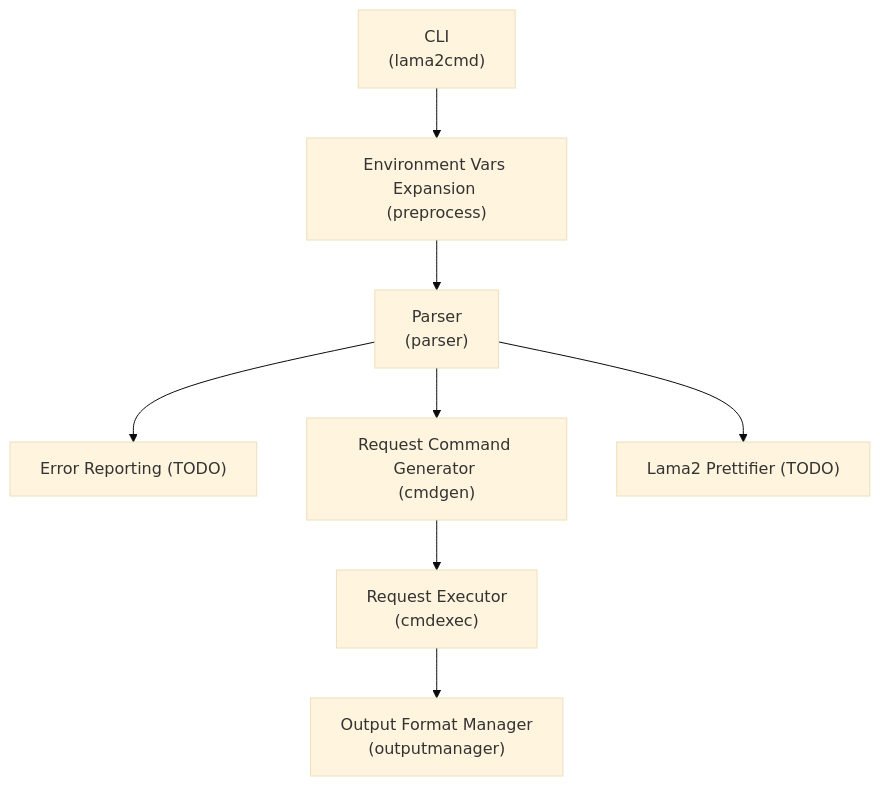
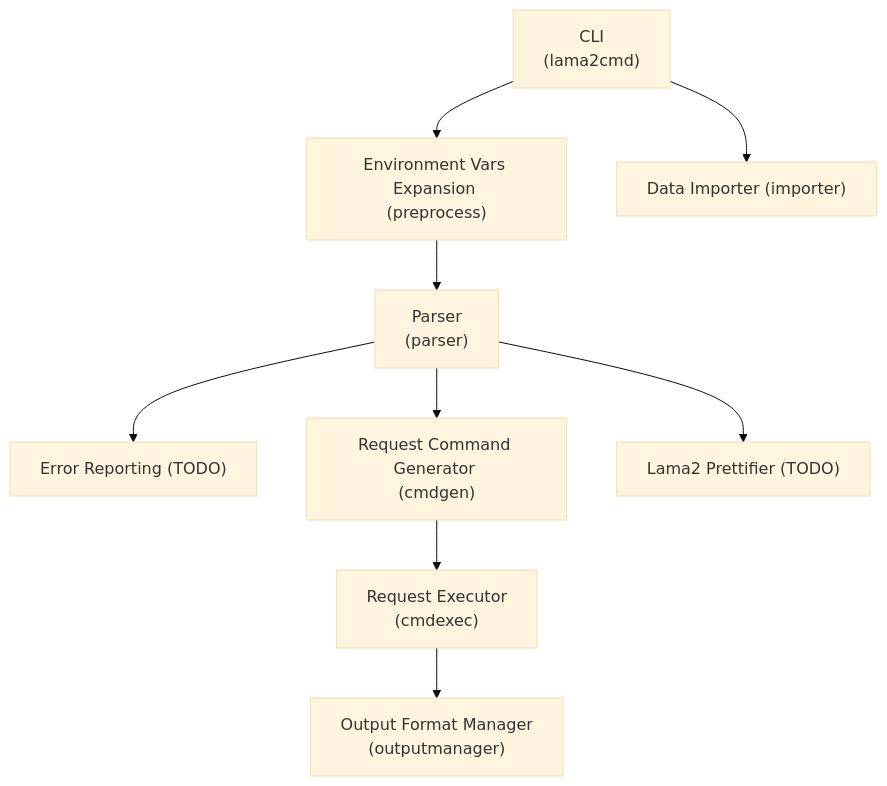
One commit to HexmosTech/Lama2 changed the diagram in docs/Lama2/docs/reference/architecture.md. Above: the diagram before and after it, drawn with Mermaid. The commit also changed 7 other files, not shown here.

````diff
--- a/docs/Lama2/docs/reference/architecture.md
+++ b/docs/Lama2/docs/reference/architecture.md
@@ -1,19 +1,21 @@
 ```mermaid
 %%{init: {'securityLevel': 'loose', 'theme':'base'}}%%
 graph TD
 	A["CLI <br/>(lama2cmd)"]
 	B["Parser <br/>(parser)"]	
 	D["Request Executor <br/>(cmdexec)"]
 	E["Output Format Manager <br/>(outputmanager)"]
 	F["Error Reporting (TODO)"]
 	G["Environment Vars Expansion <br/>(preprocess)"]
 	H["Request Command Generator <br/>(cmdgen)"]
 	I["Lama2 Prettifier (TODO)"]
+	J["Data Importer (importer)"]
 	A --> G
+	A --> J
 	G --> B
 	B --> F
 	B --> H
 	H --> D
 	D --> E
 	B --> I
 ```
````
